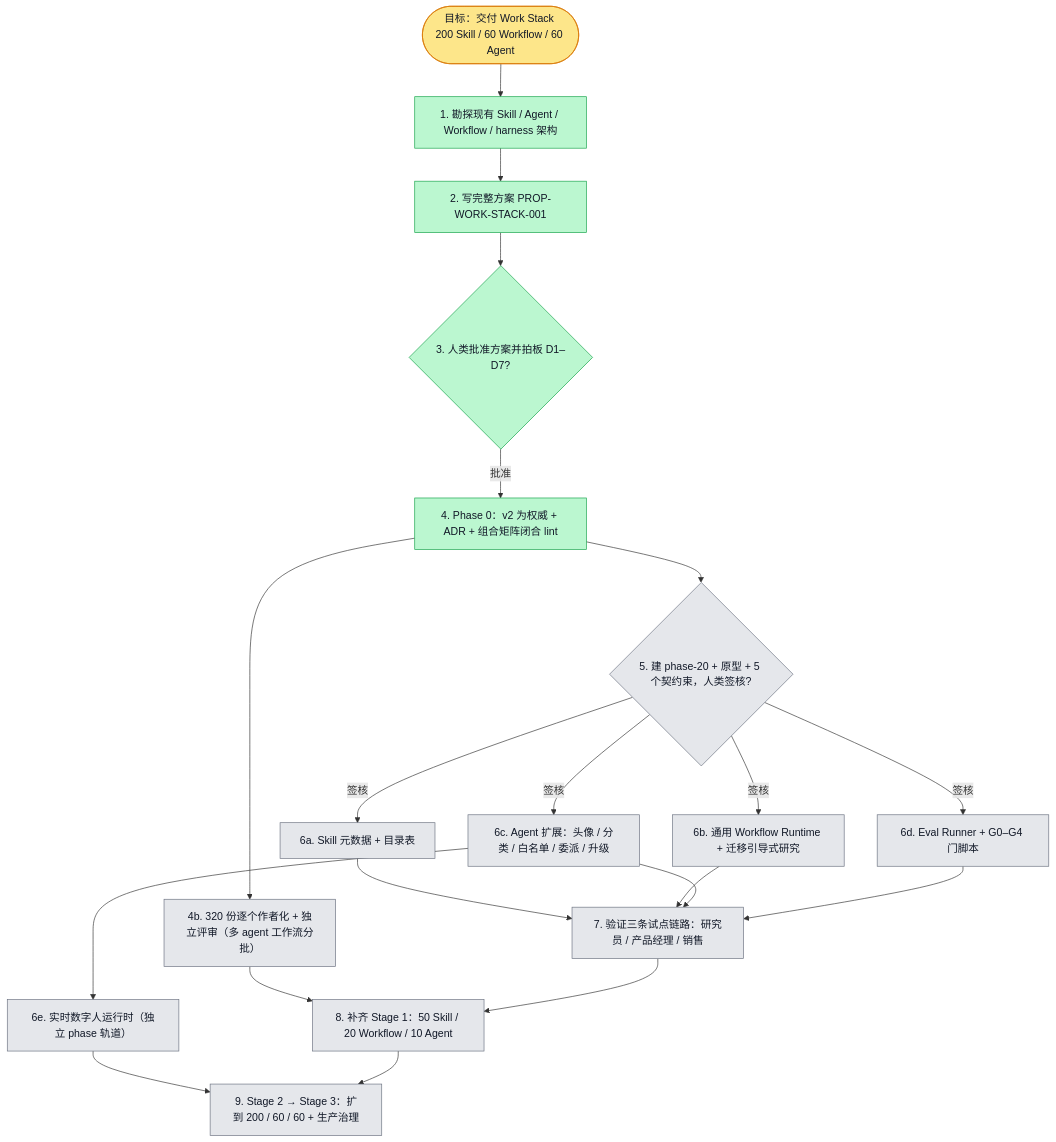
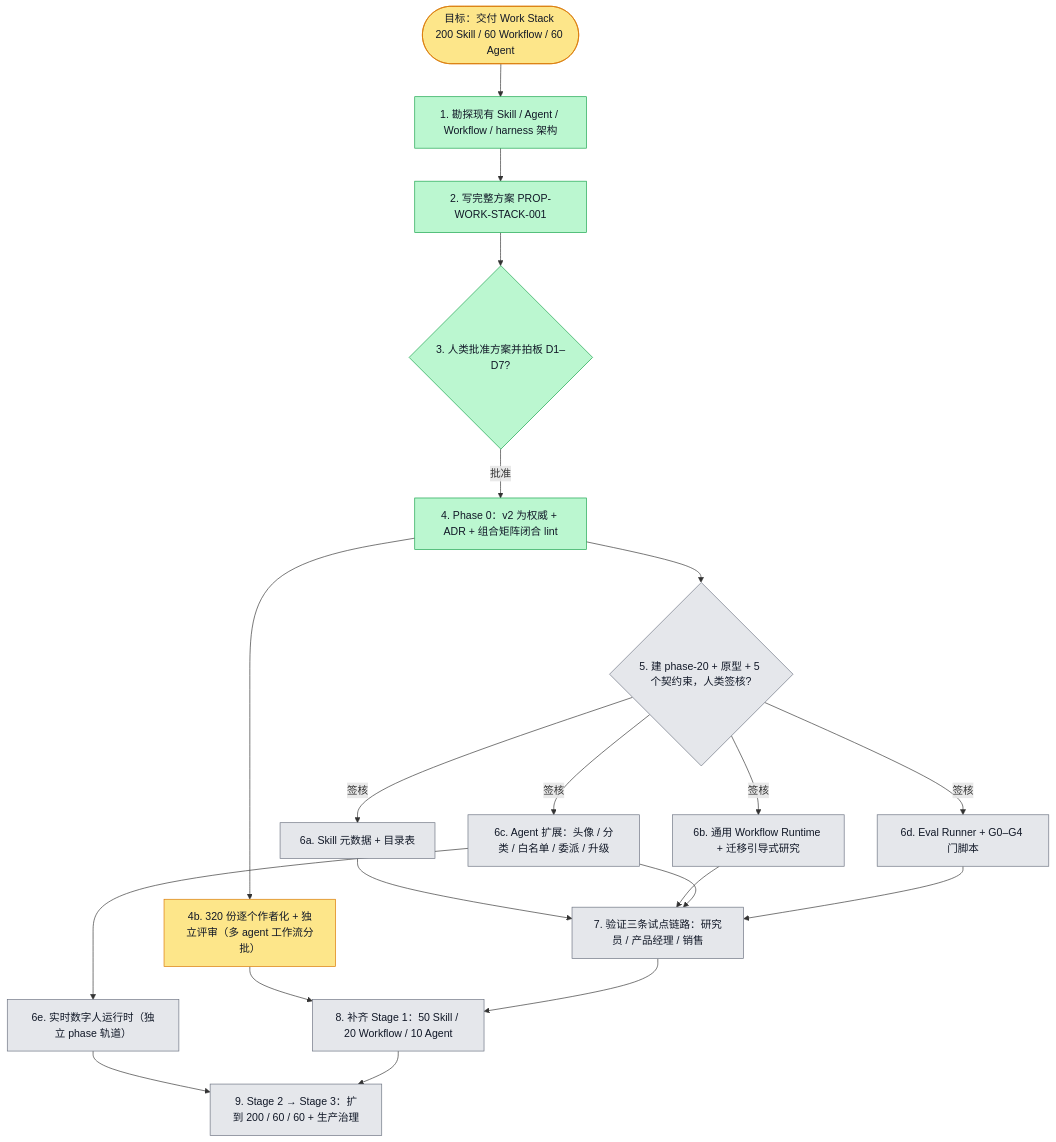
The diagram in docs/proposals/PROP-WORK-STACK-001.plan.md (boardx/workspacex), drawn with Mermaid before and after one commit. The commit also changed other lines of this file, not shown here.

Commit message:
docs(proposal): mark authoring pilot in progress
Claude-Session: https://claude.ai/code/session_01AktcNKdGsxfAT96ihaeZsq

````diff
--- a/docs/proposals/PROP-WORK-STACK-001.plan.md
+++ b/docs/proposals/PROP-WORK-STACK-001.plan.md
@@ -18,47 +18,47 @@
 ```mermaid
 flowchart TD
   G([目标：交付 Work Stack 200 Skill / 60 Workflow / 60 Agent])
   R1[1. 勘探现有 Skill / Agent / Workflow / harness 架构]
   R2[2. 写完整方案 PROP-WORK-STACK-001]
   H1{3. 人类批准方案并拍板 D1–D7?}
   P0[4. Phase 0：v2 为权威 + ADR + 组合矩阵闭合 lint]
   AU[4b. 320 份逐个作者化 + 独立评审（多 agent 工作流分批）]
   RT[6e. 实时数字人运行时（独立 phase 轨道）]
   H2{5. 建 phase-20 + 原型 + 5 个契约束，人类签核?}
   A1[6a. Skill 元数据 + 目录表]
   A2[6b. 通用 Workflow Runtime + 迁移引导式研究]
   A3[6c. Agent 扩展：头像 / 分类 / 白名单 / 委派 / 升级]
   A4[6d. Eval Runner + G0–G4 门脚本]
   V1[7. 验证三条试点链路：研究员 / 产品经理 / 销售]
   C1[8. 补齐 Stage 1：50 Skill / 20 Workflow / 10 Agent]
   X1[9. Stage 2 → Stage 3：扩到 200 / 60 / 60 + 生产治理]
 
   G --> R1 --> R2 --> H1
   H1 -- 批准 --> P0 --> H2
   P0 --> AU --> C1
   A3 --> RT --> X1
   H2 -- 签核 --> A1 & A2 & A3 & A4
   A1 & A2 & A3 & A4 --> V1 --> C1 --> X1
 
   classDef todo fill:#e5e7eb,stroke:#6b7280,color:#111827
   classDef doing fill:#fde68a,stroke:#d97706,color:#111827
   classDef done fill:#bbf7d0,stroke:#16a34a,color:#111827
   classDef tested fill:#ddd6fe,stroke:#7c3aed,color:#111827
   classDef blocked fill:#fecaca,stroke:#dc2626,color:#111827
 
   class G doing
   class R1 done
   class R2 done
   class H1 done
   class P0 done
   class H2 todo
-  class AU todo
+  class AU doing
   class RT todo
   class A1 todo
   class A2 todo
   class A3 todo
   class A4 todo
   class V1 todo
   class C1 todo
   class X1 todo
 ```
````
